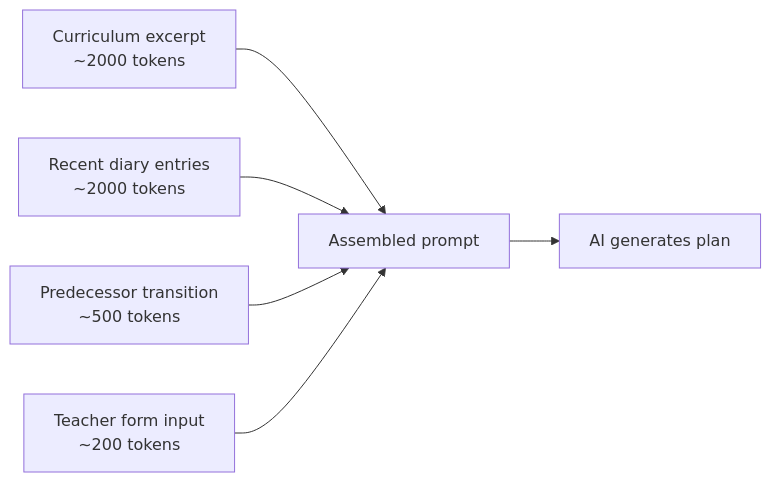
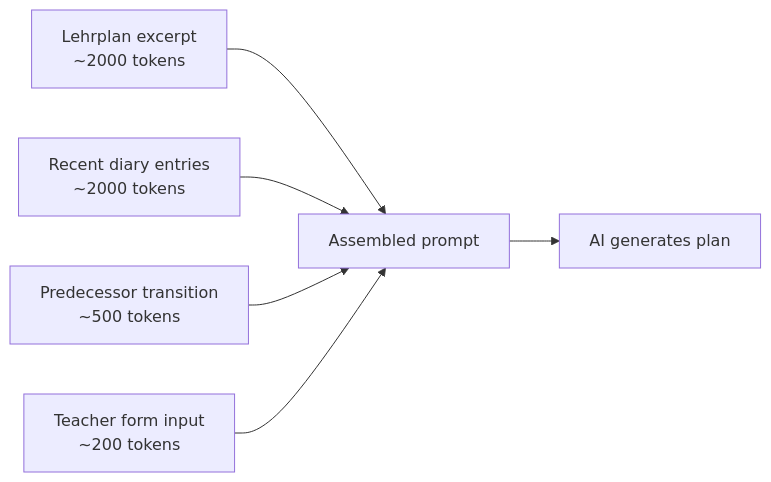
Before and after one commit to Code-Snap-UG/chalkdust: the second of 5 diagrams in docs/VISION.md, drawn with Mermaid. The commit also changed other lines of this file and 27 other files, not shown here.

````diff
--- a/docs/VISION.md
+++ b/docs/VISION.md
@@ -147,8 +147,8 @@
 ```mermaid
 flowchart LR
-    A[Curriculum excerpt\n~2000 tokens] --> P[Assembled prompt]
+    A[Lehrplan excerpt\n~2000 tokens] --> P[Assembled prompt]
     B[Recent diary entries\n~2000 tokens] --> P
     C[Predecessor transition\n~500 tokens] --> P
     D[Teacher form input\n~200 tokens] --> P
     P --> LLM[AI generates plan]
 ```
````
